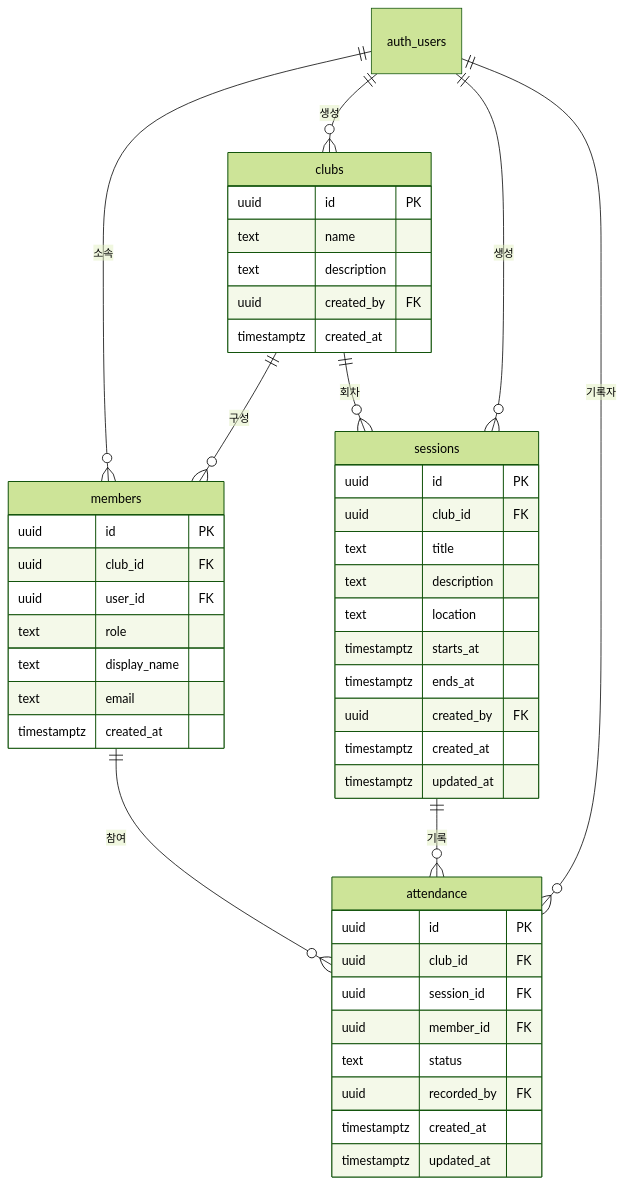
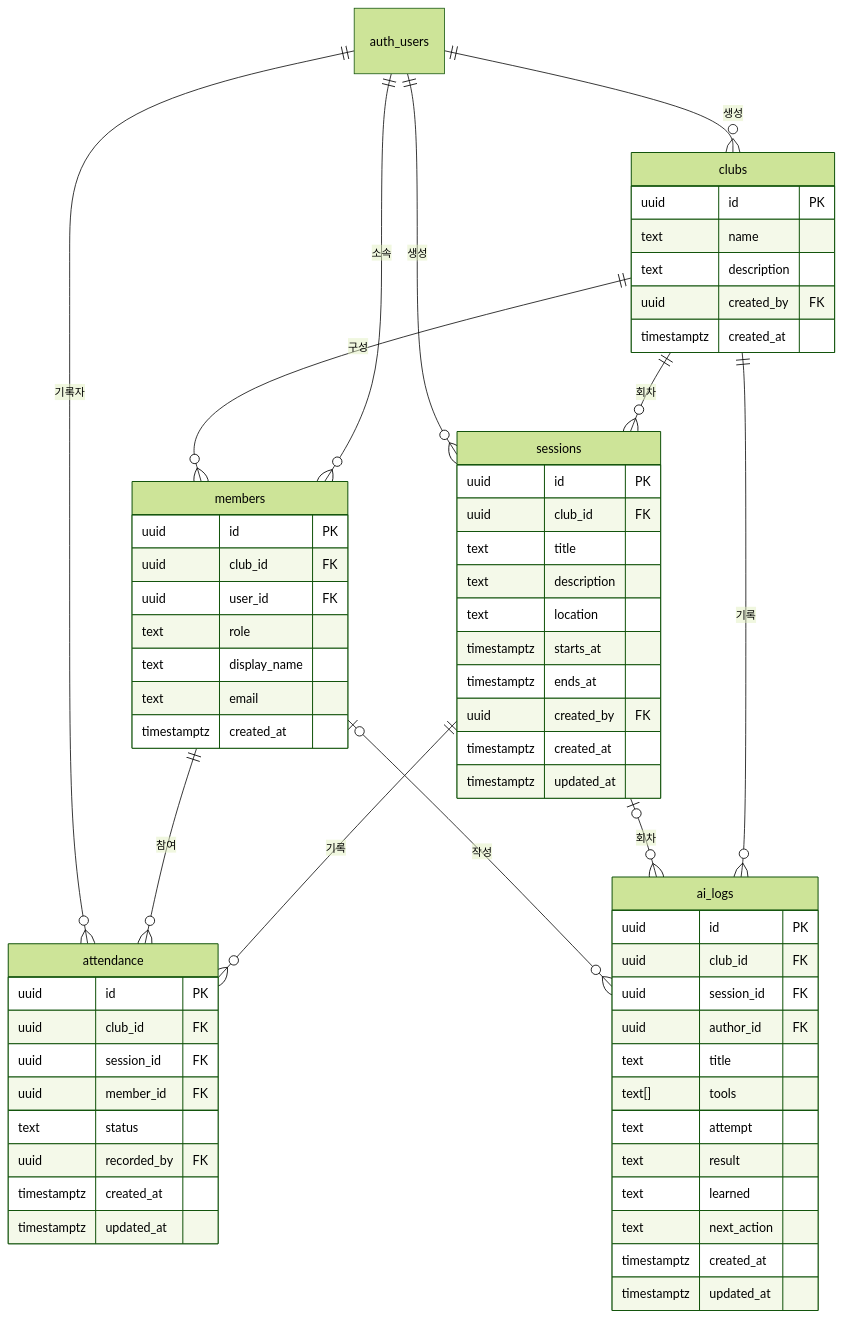
One commit to pkdee/ai-club-os changed the diagram in docs/DATABASE.md. Above: the diagram before and after it, drawn with Mermaid (forest theme). The commit also changed other lines of this file and 7 other files, not shown here.

````diff
--- a/docs/DATABASE.md
+++ b/docs/DATABASE.md
@@ -48,53 +49,71 @@
 ```mermaid
 erDiagram
   auth_users ||--o{ members : "소속"
   clubs ||--o{ members : "구성"
   auth_users ||--o{ clubs : "생성"
   clubs ||--o{ sessions : "회차"
   auth_users ||--o{ sessions : "생성"
   sessions ||--o{ attendance : "기록"
   members ||--o{ attendance : "참여"
   auth_users ||--o{ attendance : "기록자"
+  clubs ||--o{ ai_logs : "기록"
+  sessions |o--o{ ai_logs : "회차"
+  members |o--o{ ai_logs : "작성"
 
   clubs {
     uuid id PK
     text name
     text description
     uuid created_by FK
     timestamptz created_at
   }
 
   members {
     uuid id PK
     uuid club_id FK
     uuid user_id FK
     text role
     text display_name
     text email
     timestamptz created_at
   }
 
   sessions {
     uuid id PK
     uuid club_id FK
     text title
     text description
     text location
     timestamptz starts_at
     timestamptz ends_at
     uuid created_by FK
     timestamptz created_at
     timestamptz updated_at
   }
 
   attendance {
     uuid id PK
     uuid club_id FK
     uuid session_id FK
     uuid member_id FK
     text status
     uuid recorded_by FK
     timestamptz created_at
     timestamptz updated_at
   }
+
+  ai_logs {
+    uuid id PK
+    uuid club_id FK
+    uuid session_id FK
+    uuid author_id FK
+    text title
+    text[] tools
+    text attempt
+    text result
+    text learned
+    text next_action
+    timestamptz created_at
+    timestamptz updated_at
+  }
 ```
````
